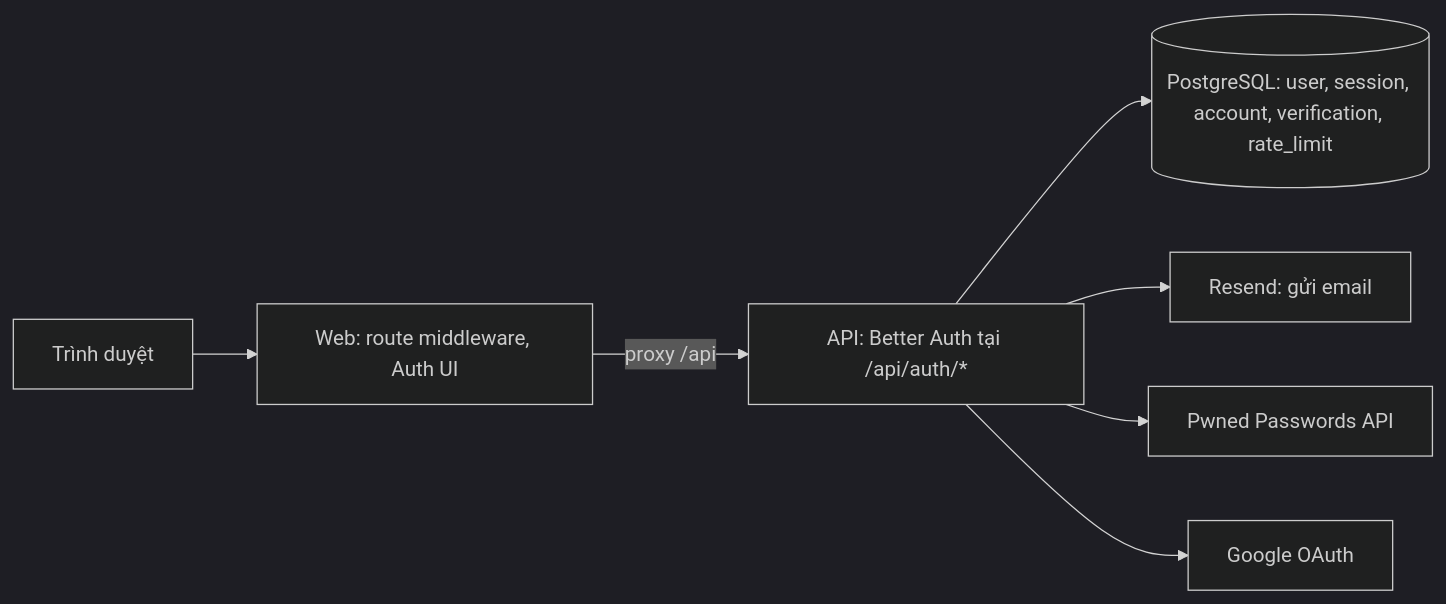
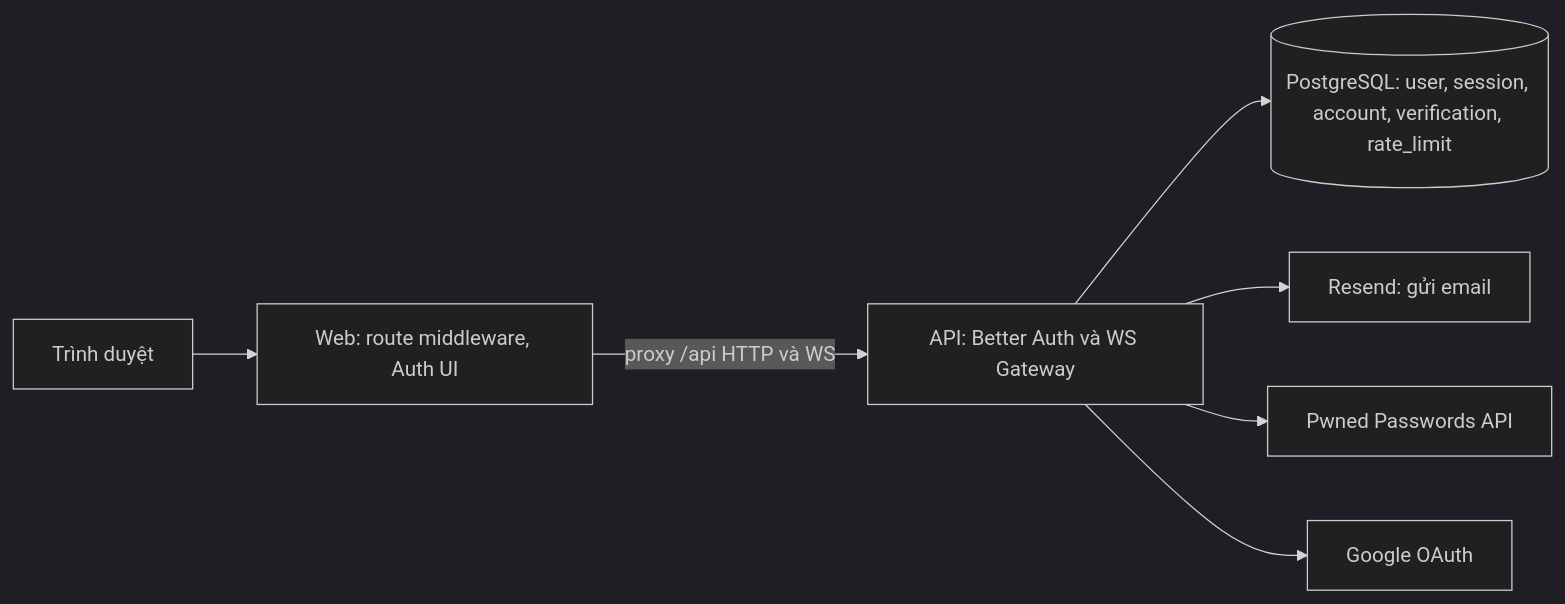
One commit to BuhDuy256/crypto-force changed the first of 4 diagrams in docs/architecture/23-security.md. Above: the diagram before and after it, drawn with Mermaid (dark theme). The commit also changed other lines of this file and 13 other files, not shown here.

````diff
--- a/docs/architecture/23-security.md
+++ b/docs/architecture/23-security.md
@@ -38,9 +43,9 @@
 ```mermaid
 flowchart LR
     B[Trình duyệt] --> W[Web: route middleware, Auth UI]
-    W -- proxy /api --> A[API: Better Auth tại /api/auth/*]
+    W -- proxy /api HTTP và WS --> A[API: Better Auth và WS Gateway]
     A --> D[(PostgreSQL: user, session, account, verification, rate_limit)]
     A --> R[Resend: gửi email]
     A --> H[Pwned Passwords API]
     A --> G[Google OAuth]
 ```
````
